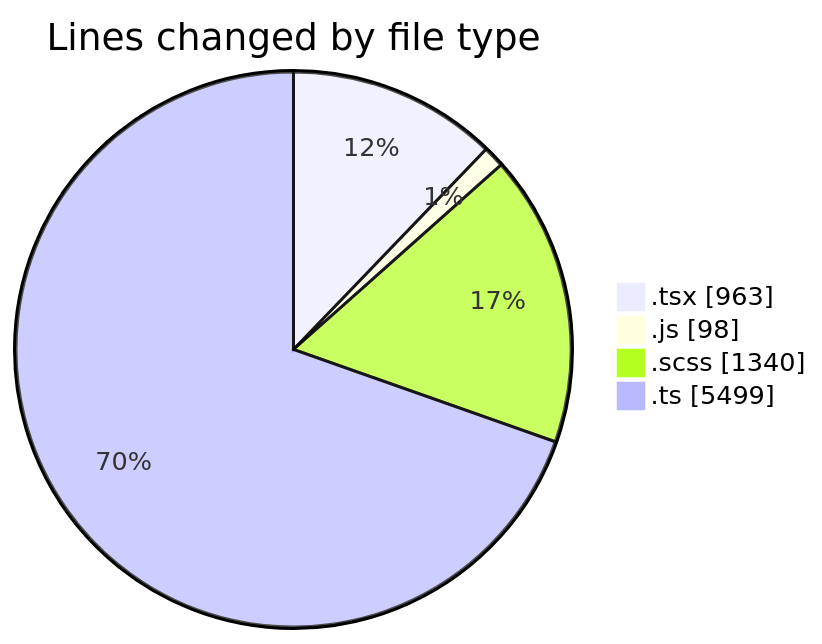
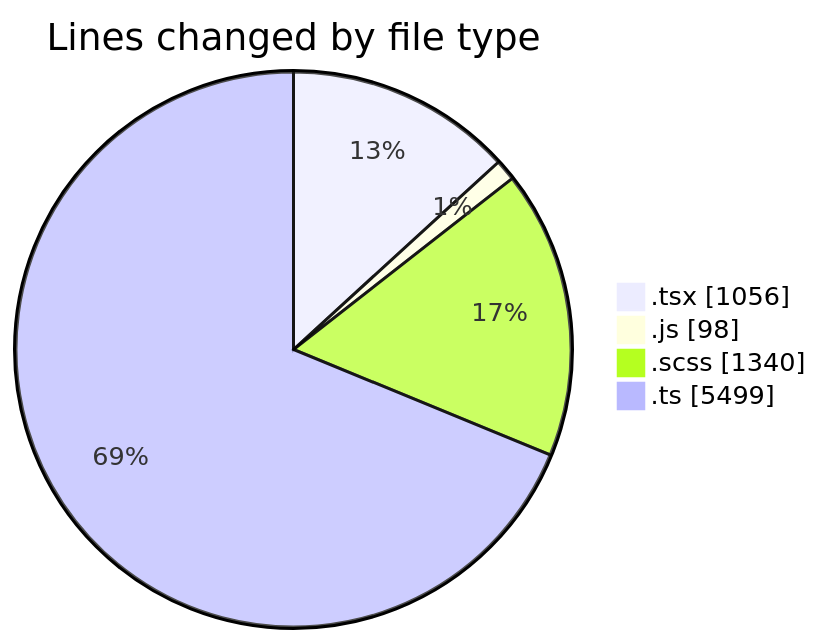
One commit to momahboobian/code-tracking changed the first of 2 diagrams in 2025-03-31/cda/README.md. Above: the diagram before and after it, drawn with Mermaid. The commit also changed other lines of this file and 1 other file, not shown here.

````diff
--- a/2025-03-31/cda/README.md
+++ b/2025-03-31/cda/README.md
@@ -39,8 +39,8 @@
 ```mermaid
 pie showData
 title Lines changed by file type
-".tsx" : 963
+".tsx" : 1056
 ".js" : 98
 ".scss" : 1340
 ".ts" : 5499
 ```
````
